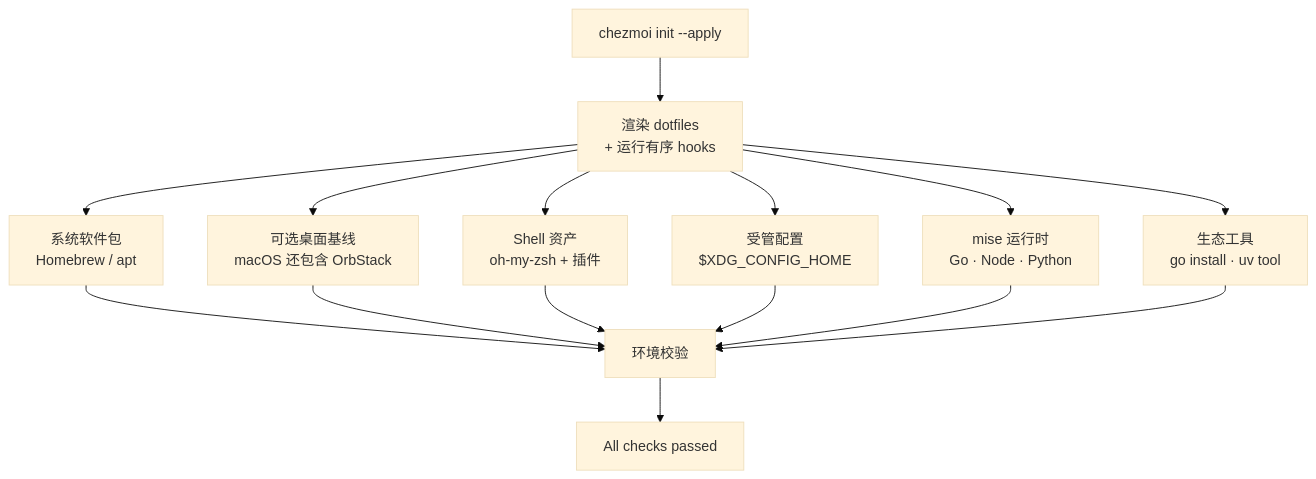
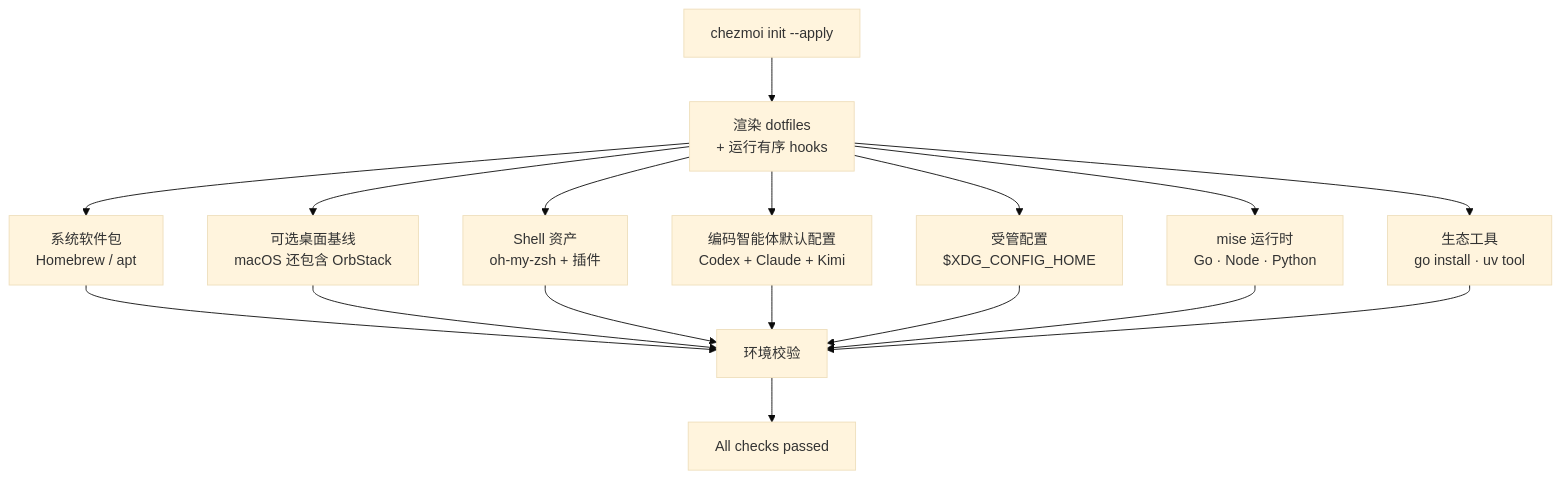
One commit to kangmingxuan/oh-my-devenv changed the diagram in README.zh.md. Above: the diagram before and after it, drawn with Mermaid (base theme). The commit also changed other lines of this file and 20 other files, not shown here.

````diff
--- a/README.zh.md
+++ b/README.zh.md
@@ -30,17 +31,19 @@
 ```mermaid
 flowchart TD
     A["chezmoi init --apply"] --> B["渲染 dotfiles<br/>+ 运行有序 hooks"]
     B --> C["系统软件包<br/>Homebrew / apt"]
     B --> D["可选桌面基线<br/>macOS 还包含 OrbStack"]
     B --> E["Shell 资产<br/>oh-my-zsh + 插件"]
+    B --> A1["编码智能体默认配置<br/>Codex + Claude + Kimi"]
     B --> X["受管配置<br/>$XDG_CONFIG_HOME"]
     B --> F["mise 运行时<br/>Go · Node · Python"]
     B --> G["生态工具<br/>go install · uv tool"]
     C --> H["环境校验"]
     D --> H
     E --> H
+    A1 --> H
     X --> H
     F --> H
     G --> H
     H --> I["All checks passed"]
 ```
````
